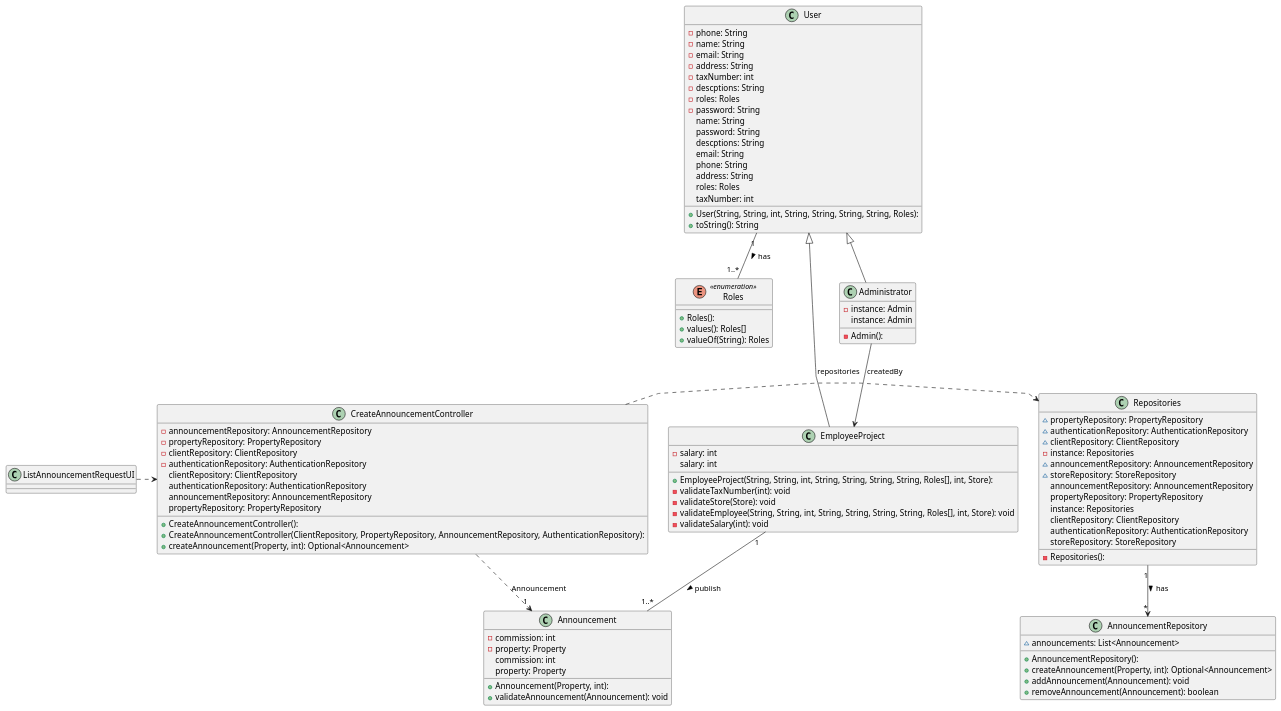
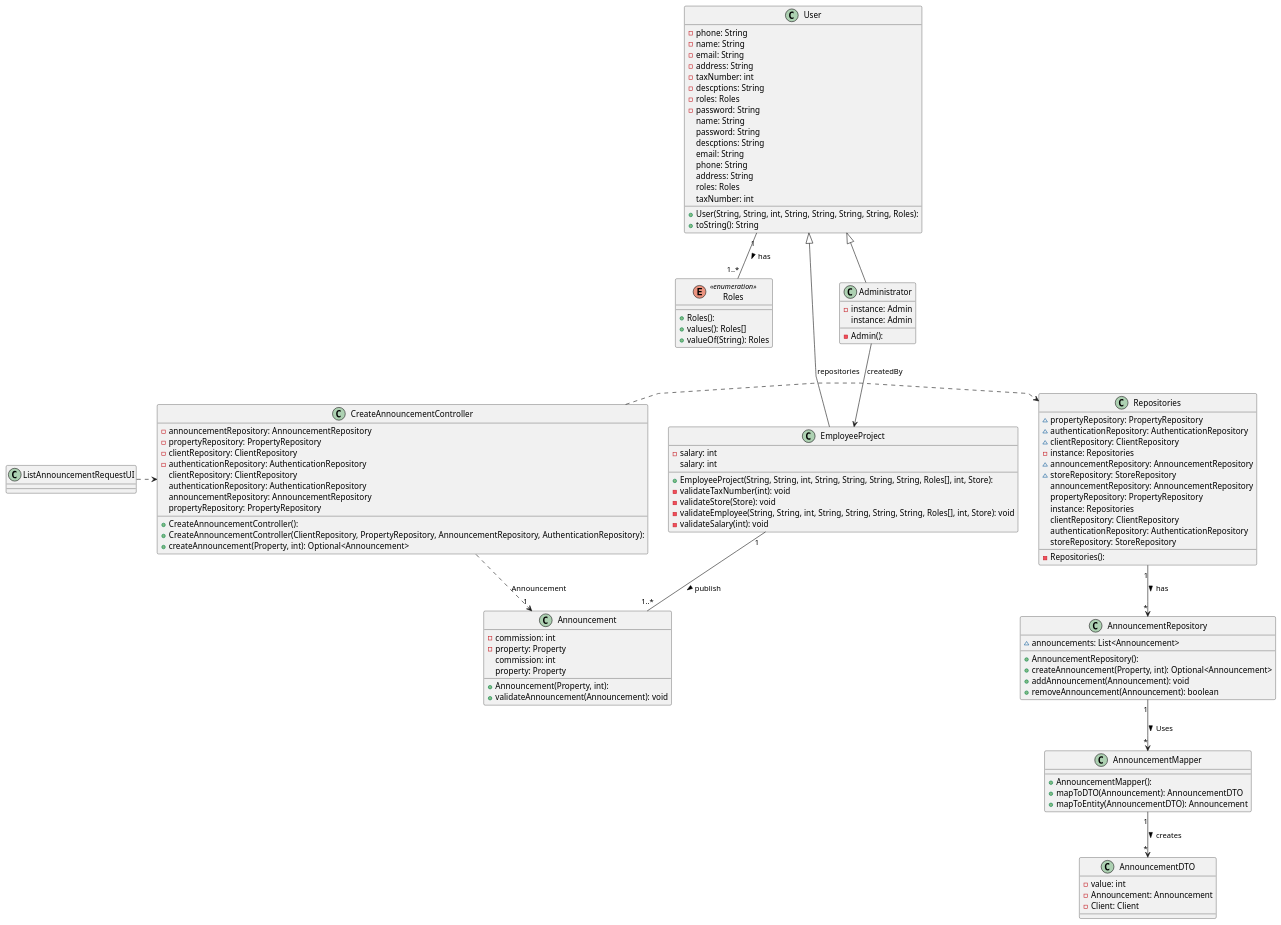
The diagram in lei-22-s2-1do-g68/docs/SprintC/us008/03.design/puml/us008-class-diagram.puml (hugosilva2901/lei-22-s2-1DO-g68), drawn with PlantUML before and after one commit. The commit also changed 2 other files, not shown here.

```diff
--- a/lei-22-s2-1do-g68/docs/SprintC/us008/03.design/puml/us008-class-diagram.puml
+++ b/lei-22-s2-1do-g68/docs/SprintC/us008/03.design/puml/us008-class-diagram.puml
@@ -1,114 +1,127 @@
 @startuml
 'skinparam monochrome true
 skinparam packageStyle rectangle
 skinparam shadowing false
 skinparam linetype polyline
 'skinparam linetype orto
 
 skinparam classAttributeIconSize "2"
 'left to right direction
 class Repositories {
   - Repositories():
   ~ propertyRepository: PropertyRepository
   ~ authenticationRepository: AuthenticationRepository
   ~ clientRepository: ClientRepository
   - instance: Repositories
   ~ announcementRepository: AnnouncementRepository
   ~ storeRepository: StoreRepository
    announcementRepository: AnnouncementRepository
    propertyRepository: PropertyRepository
    instance: Repositories
    clientRepository: ClientRepository
    authenticationRepository: AuthenticationRepository
    storeRepository: StoreRepository
 }
 
 class ListAnnouncementRequestUI {
 
 }
 
 
 class User {
   + User(String, String, int, String, String, String, String, Roles):
   - phone: String
   - name: String
   - email: String
   - address: String
   - taxNumber: int
   - descptions: String
   - roles: Roles
   - password: String
   + toString(): String
    name: String
    password: String
    descptions: String
    email: String
    phone: String
    address: String
    roles: Roles
    taxNumber: int
 }
 enum Roles << enumeration >> {
   + Roles():
   + values(): Roles[]
   + valueOf(String): Roles
 }
 
 
 class EmployeeProject extends User{
   + EmployeeProject(String, String, int, String, String, String, String, Roles[], int, Store):
   - salary: int
   - validateTaxNumber(int): void
   - validateStore(Store): void
   - validateEmployee(String, String, int, String, String, String, String, Roles[], int, Store): void
   - validateSalary(int): void
    salary: int
 }
 
 class Administrator extends User{
   - Admin():
   - instance: Admin
    instance: Admin
 }
 
 class Announcement{
   + Announcement(Property, int):
   - commission: int
   - property: Property
   + validateAnnouncement(Announcement): void
    commission: int
    property: Property
 }
 
 class AnnouncementRepository{
   + AnnouncementRepository():
   ~ announcements: List<Announcement>
   + createAnnouncement(Property, int): Optional<Announcement>
   + addAnnouncement(Announcement): void
   + removeAnnouncement(Announcement): boolean
 }
 
 
 class CreateAnnouncementController {
   + CreateAnnouncementController():
   + CreateAnnouncementController(ClientRepository, PropertyRepository, AnnouncementRepository, AuthenticationRepository):
   - announcementRepository: AnnouncementRepository
   - propertyRepository: PropertyRepository
   - clientRepository: ClientRepository
   - authenticationRepository: AuthenticationRepository
   + createAnnouncement(Property, int): Optional<Announcement>
    clientRepository: ClientRepository
    authenticationRepository: AuthenticationRepository
    announcementRepository: AnnouncementRepository
    propertyRepository: PropertyRepository
 }
 
+class AnnouncementDTO{
+    - value: int
+    -Announcement: Announcement
+    -Client: Client
+}
+class AnnouncementMapper{
+    +AnnouncementMapper():
+    +mapToDTO(Announcement): AnnouncementDTO
+    +mapToEntity(AnnouncementDTO): Announcement
+}
+
 ListAnnouncementRequestUI .> CreateAnnouncementController
 User "1"--"1..*" Roles : has >
 Administrator --> EmployeeProject : createdBy
 EmployeeProject "1"--"1..*" Announcement : publish >
 CreateAnnouncementController .> Repositories : repositories
 CreateAnnouncementController ..> "1" Announcement : Announcement
 Repositories "1" --> "*" AnnouncementRepository : has >
+AnnouncementRepository "1" --> "*" AnnouncementMapper : Uses >
+AnnouncementMapper "1" --> "*" AnnouncementDTO : creates >
 
 @enduml
```
